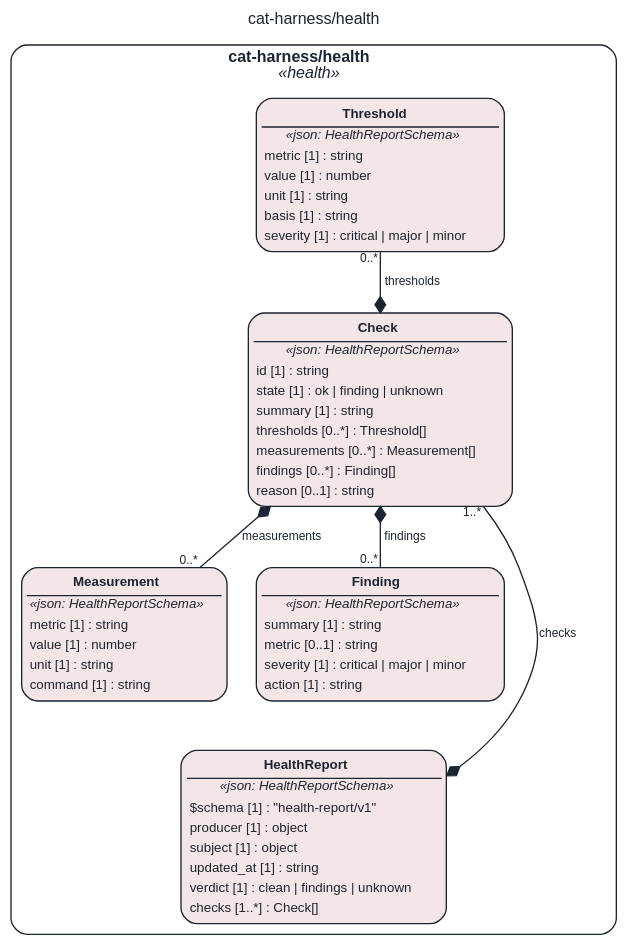
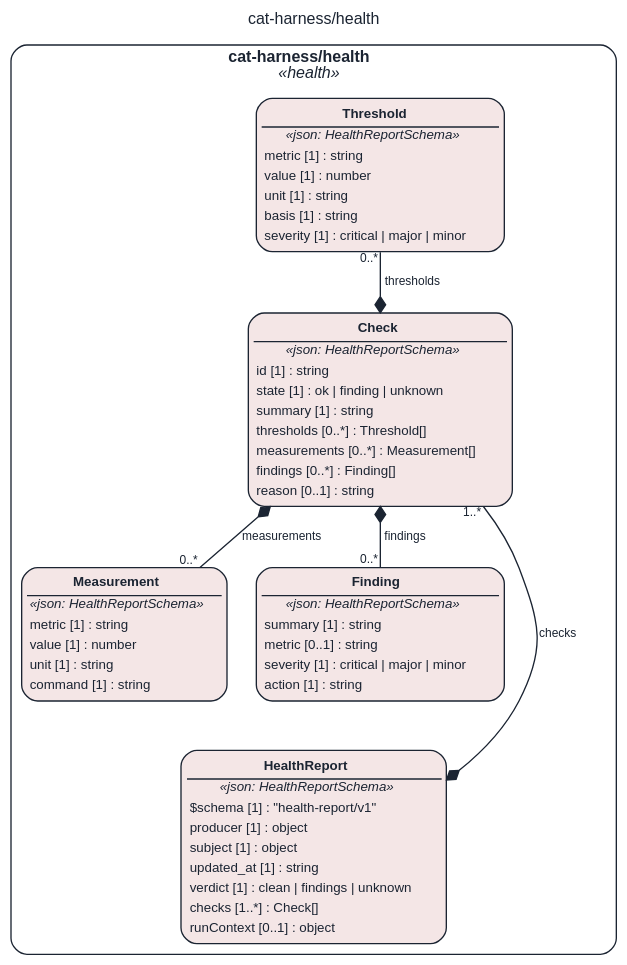
Before and after one commit to litlfred/folio-assistant: the diagram in STAGING/claude-repin-layers-green/assets/img/uml/overview/cat-harness/health.dot, drawn with Graphviz. The commit also changed 19685 other files, not shown here.

```diff
--- a/STAGING/claude-repin-layers-green/assets/img/uml/overview/cat-harness/health.dot
+++ b/STAGING/claude-repin-layers-green/assets/img/uml/overview/cat-harness/health.dot
@@ -1,21 +1,21 @@
 // GENERATED by cat-harness-tools/scripts/gen-uml-overview.ts — do not edit.
 // Rendered page (interactive view, same model): https://litlfred.github.io/folio-assistant/uml/overview/cat-harness/health.html
 digraph "cat_harness_health" {
   graph [label="cat-harness/health", labelloc=t, fontname="Helvetica", fontsize=12, fontcolor="#1b2432", newrank=true, ratio=auto, nodesep=0.3, ranksep=0.5, bgcolor="transparent"];
   node [shape=box, style="rounded,filled", margin=0.05, fontname="Helvetica", fontsize=10, color="#1b2432", fontcolor="#1b2432"];
   edge [color="#1b2432", fontcolor="#1b2432", fontname="Helvetica", fontsize=9];
   subgraph "cluster_pkg_cat_harness_health" {
     label=<<b>cat-harness/health</b><br/><i>«health»</i>>; style="rounded"; color="#1b2432"; class="fa_uml_subgraph";
     "cat_harness_health_Threshold" [fillcolor="#f4e6e6", class="fa_uml_kind_health", label=<<table border="0" cellborder="0" cellspacing="0" cellpadding="2"><tr><td border="1" sides="b"><b>Threshold</b></td></tr><tr><td><i>«json: HealthReportSchema»</i></td></tr><tr><td align="left">metric [1] : string</td></tr><tr><td align="left">value [1] : number</td></tr><tr><td align="left">unit [1] : string</td></tr><tr><td align="left">basis [1] : string</td></tr><tr><td align="left">severity [1] : critical | major | minor</td></tr></table>>];
     "cat_harness_health_Measurement" [fillcolor="#f4e6e6", class="fa_uml_kind_health", label=<<table border="0" cellborder="0" cellspacing="0" cellpadding="2"><tr><td border="1" sides="b"><b>Measurement</b></td></tr><tr><td><i>«json: HealthReportSchema»</i></td></tr><tr><td align="left">metric [1] : string</td></tr><tr><td align="left">value [1] : number</td></tr><tr><td align="left">unit [1] : string</td></tr><tr><td align="left">command [1] : string</td></tr></table>>];
     "cat_harness_health_Finding" [fillcolor="#f4e6e6", class="fa_uml_kind_health", label=<<table border="0" cellborder="0" cellspacing="0" cellpadding="2"><tr><td border="1" sides="b"><b>Finding</b></td></tr><tr><td><i>«json: HealthReportSchema»</i></td></tr><tr><td align="left">summary [1] : string</td></tr><tr><td align="left">metric [0..1] : string</td></tr><tr><td align="left">severity [1] : critical | major | minor</td></tr><tr><td align="left">action [1] : string</td></tr></table>>];
     "cat_harness_health_Check" [fillcolor="#f4e6e6", class="fa_uml_kind_health", label=<<table border="0" cellborder="0" cellspacing="0" cellpadding="2"><tr><td border="1" sides="b"><b>Check</b></td></tr><tr><td><i>«json: HealthReportSchema»</i></td></tr><tr><td align="left">id [1] : string</td></tr><tr><td align="left">state [1] : ok | finding | unknown</td></tr><tr><td align="left">summary [1] : string</td></tr><tr><td align="left">thresholds [0..*] : Threshold[]</td></tr><tr><td align="left">measurements [0..*] : Measurement[]</td></tr><tr><td align="left">findings [0..*] : Finding[]</td></tr><tr><td align="left">reason [0..1] : string</td></tr></table>>];
-    "cat_harness_health_HealthReport" [fillcolor="#f4e6e6", class="fa_uml_kind_health", label=<<table border="0" cellborder="0" cellspacing="0" cellpadding="2"><tr><td border="1" sides="b"><b>HealthReport</b></td></tr><tr><td><i>«json: HealthReportSchema»</i></td></tr><tr><td align="left">$schema [1] : &quot;health-report/v1&quot;</td></tr><tr><td align="left">producer [1] : object</td></tr><tr><td align="left">subject [1] : object</td></tr><tr><td align="left">updated_at [1] : string</td></tr><tr><td align="left">verdict [1] : clean | findings | unknown</td></tr><tr><td align="left">checks [1..*] : Check[]</td></tr></table>>];
+    "cat_harness_health_HealthReport" [fillcolor="#f4e6e6", class="fa_uml_kind_health", label=<<table border="0" cellborder="0" cellspacing="0" cellpadding="2"><tr><td border="1" sides="b"><b>HealthReport</b></td></tr><tr><td><i>«json: HealthReportSchema»</i></td></tr><tr><td align="left">$schema [1] : &quot;health-report/v1&quot;</td></tr><tr><td align="left">producer [1] : object</td></tr><tr><td align="left">subject [1] : object</td></tr><tr><td align="left">updated_at [1] : string</td></tr><tr><td align="left">verdict [1] : clean | findings | unknown</td></tr><tr><td align="left">checks [1..*] : Check[]</td></tr><tr><td align="left">runContext [0..1] : object</td></tr></table>>];
   }
   "cat_harness_health_Check" -> "cat_harness_health_Threshold" [dir=both, arrowtail=diamond, arrowhead=none, label="thresholds", headlabel="0..*", class="fa_uml_composition"];
   "cat_harness_health_Check" -> "cat_harness_health_Measurement" [dir=both, arrowtail=diamond, arrowhead=none, label="measurements", headlabel="0..*", class="fa_uml_composition"];
   "cat_harness_health_Check" -> "cat_harness_health_Finding" [dir=both, arrowtail=diamond, arrowhead=none, label="findings", headlabel="0..*", class="fa_uml_composition"];
   "cat_harness_health_HealthReport" -> "cat_harness_health_Check" [dir=both, arrowtail=diamond, arrowhead=none, label="checks", headlabel="1..*", class="fa_uml_composition"];
   "cat_harness_health_Threshold" -> "cat_harness_health_Check" [style=invis, class="kg-graph-anchor"];
   "cat_harness_health_Measurement" -> "cat_harness_health_HealthReport" [style=invis, class="kg-graph-anchor"];
 }
```
